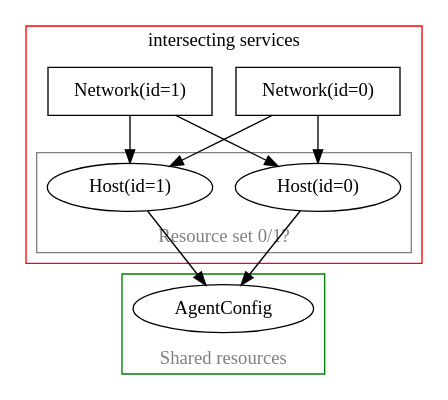
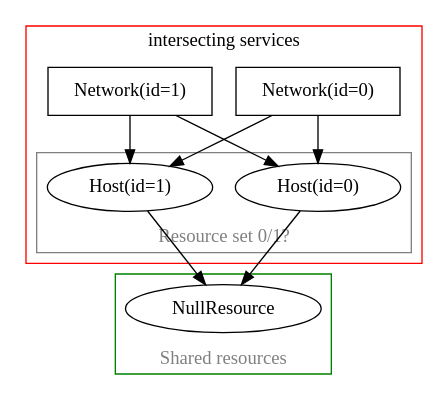
One commit to inmanta/inmanta-core changed the fifth of 8 diagrams in docs/model_developers/resource_sets.rst. Above: the diagram before and after it, drawn with Graphviz. The commit also changed other lines of this file and 25 other files, not shown here.

```diff
--- a/docs/model_developers/resource_sets.rst
+++ b/docs/model_developers/resource_sets.rst
@@ -403,27 +403,27 @@
 .. digraph:: resource_sets_example_invalid
     :caption: Two invalid service instances with a resource set conflict
 
     subgraph cluster_shared {
-        AgentConfig;
+        NullResource;
         color = "green";
         fontcolor = "grey";
         label = "Shared resources";
         labelloc = "bottom";
     }
 
     subgraph cluster_bad {
         "Network(id=0)" [shape=rectangle];
         "Network(id=1)" [shape=rectangle];
         { "Network(id=0)" "Network(id=1)" }-> subgraph cluster_resources0 {
             "Host(id=0)";
             "Host(id=1)";
             color = "grey"
             fontcolor = "grey"
             label = "Resource set 0/1?";
             labelloc = "bottom";
         }
         color = "red";
         label = "intersecting services";
         labelloc = "top";
     }
-    { "Host(id=0)" "Host(id=1)" } -> AgentConfig;
+    { "Host(id=0)" "Host(id=1)" } -> NullResource;
```
